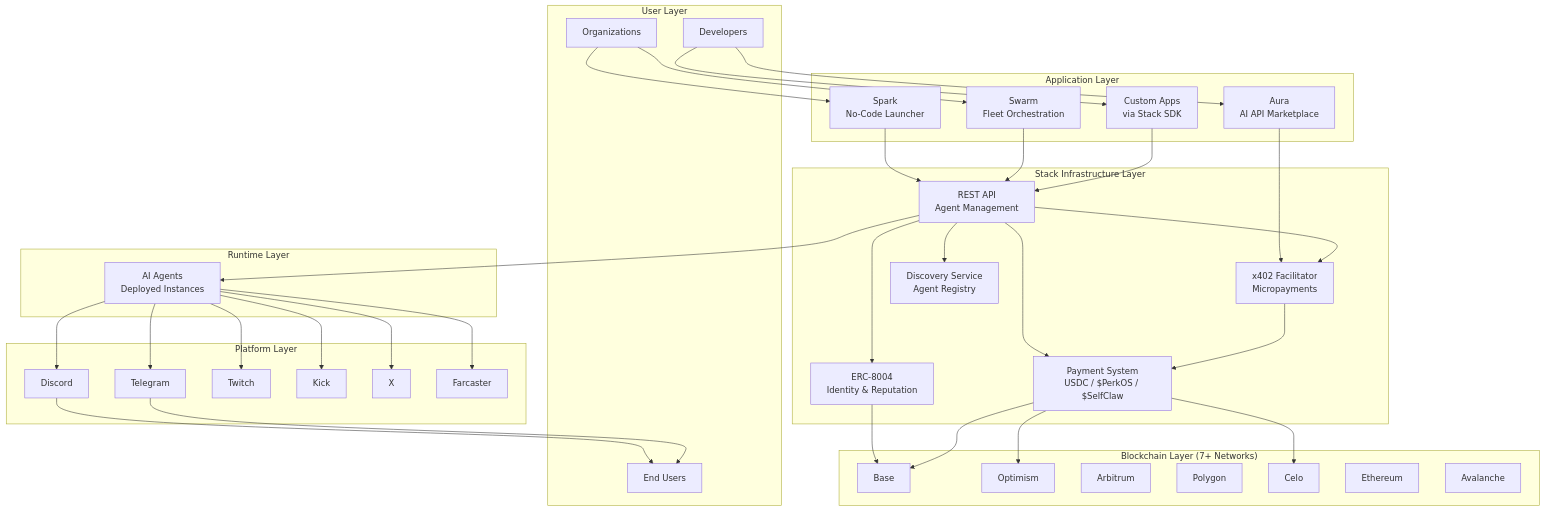
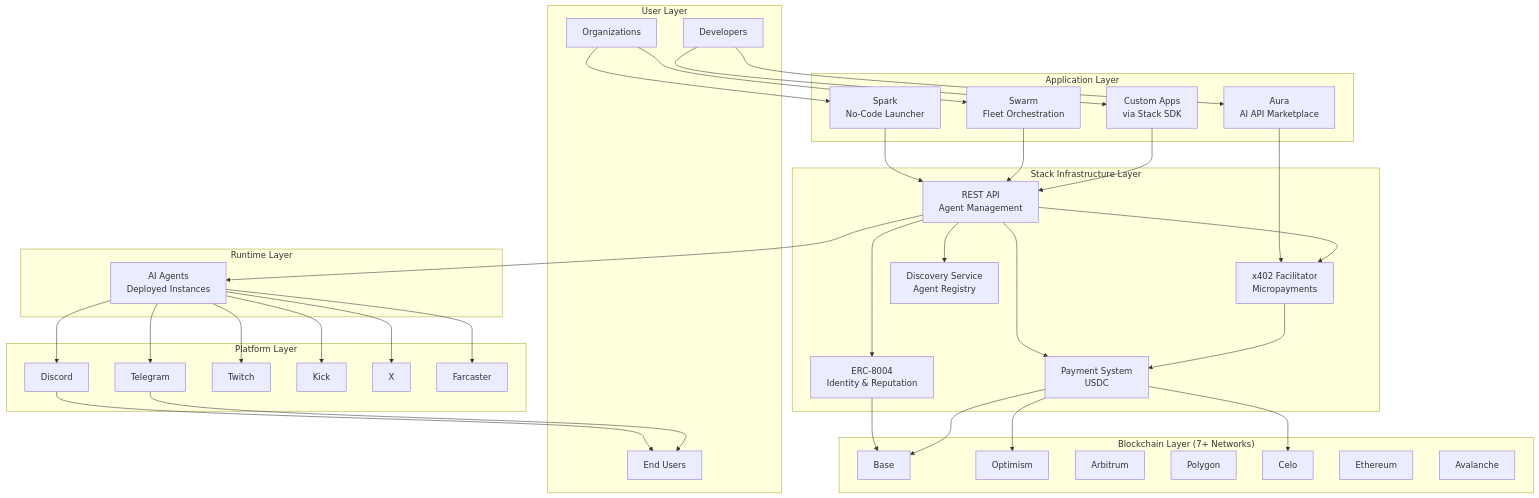
One commit to PerkOS-xyz/PerkOS-Product changed the first of 2 diagrams in README.md. Above: the diagram before and after it, drawn with Mermaid. The commit also changed other lines of this file, not shown here.

Commit message:
State the PERKOS token facts and USDC-only payments in the README

````diff
--- a/README.md
+++ b/README.md
@@ -117,78 +119,78 @@
 ```mermaid
 graph TB
     subgraph "User Layer"
         ORG[Organizations]
         DEV[Developers]
         USER[End Users]
     end
 
     subgraph "Application Layer"
         SPARK[Spark<br/>No-Code Launcher]
         AURA[Aura<br/>AI API Marketplace]
         SWARM[Swarm<br/>Fleet Orchestration]
         CUSTOM[Custom Apps<br/>via Stack SDK]
     end
 
     subgraph "Stack Infrastructure Layer"
         API[REST API<br/>Agent Management]
         X402[x402 Facilitator<br/>Micropayments]
         DISC[Discovery Service<br/>Agent Registry]
-        PAY[Payment System<br/>USDC / $PerkOS / $SelfClaw]
+        PAY[Payment System<br/>USDC]
         REP[ERC-8004<br/>Identity & Reputation]
     end
 
     subgraph "Runtime Layer"
         AGENTS[AI Agents<br/>Deployed Instances]
     end
 
     subgraph "Platform Layer"
         DISCORD[Discord]
         TELEGRAM[Telegram]
         TWITCH[Twitch]
         KICK[Kick]
         XPLAT[X]
         FARCASTER[Farcaster]
     end
 
     subgraph "Blockchain Layer (7+ Networks)"
         BASE[Base]
         OP[Optimism]
         ARB[Arbitrum]
         POLY[Polygon]
         CELO[Celo]
         ETH[Ethereum]
         AVAX[Avalanche]
     end
 
     ORG --> SPARK
     ORG --> SWARM
     DEV --> CUSTOM
     DEV --> AURA
 
     SPARK --> API
     AURA --> X402
     SWARM --> API
     CUSTOM --> API
 
     API --> X402
     API --> DISC
     API --> PAY
     API --> REP
 
     X402 --> PAY
     REP --> BASE
     PAY --> BASE
     PAY --> OP
     PAY --> CELO
 
     API --> AGENTS
     AGENTS --> DISCORD
     AGENTS --> TELEGRAM
     AGENTS --> TWITCH
     AGENTS --> KICK
     AGENTS --> XPLAT
     AGENTS --> FARCASTER
 
     DISCORD --> USER
     TELEGRAM --> USER
 ```
````
